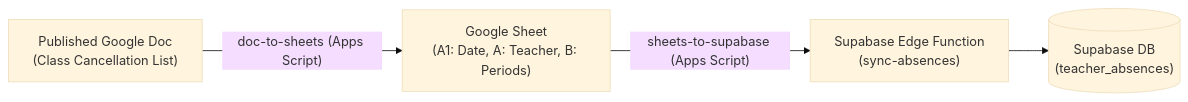
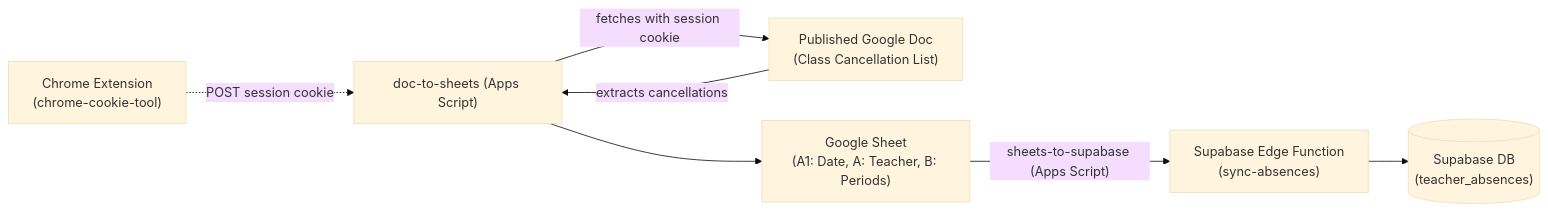
Before and after one commit to bcaway/absence-sync: the diagram in README.md, drawn with Mermaid (base theme). The commit also changed other lines of this file and 1 other file, not shown here.

Commit message:
doc to sheets using browser helper

````diff
--- a/README.md
+++ b/README.md
@@ -7,11 +7,15 @@
 ```mermaid
 flowchart LR
+    Chrome["Chrome Extension<br/>(chrome-cookie-tool)"]
     Doc["Published Google Doc<br/>(Class Cancellation List)"]
     Sheet["Google Sheet<br/>(A1: Date, A: Teacher, B: Periods)"]
     Supabase["Supabase Edge Function<br/>(sync-absences)"]
     DB[("Supabase DB<br/>(teacher_absences)")]
 
-    Doc -->|"doc-to-sheets (Apps Script)"| Sheet
+    Chrome -.->|"POST session cookie"| GAS["doc-to-sheets (Apps Script)"]
+    GAS -->|"fetches with session cookie"| Doc
+    Doc -->|"extracts cancellations"| GAS
+    GAS --> Sheet
     Sheet -->|"sheets-to-supabase (Apps Script)"| Supabase
     Supabase --> DB
 ```
````
